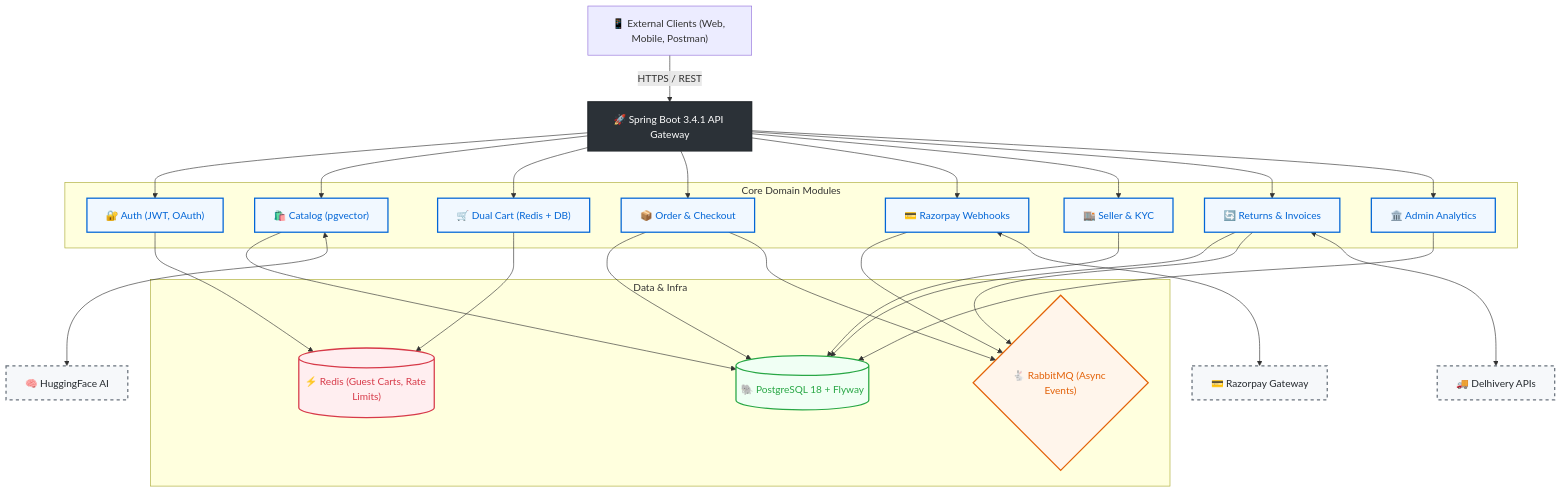
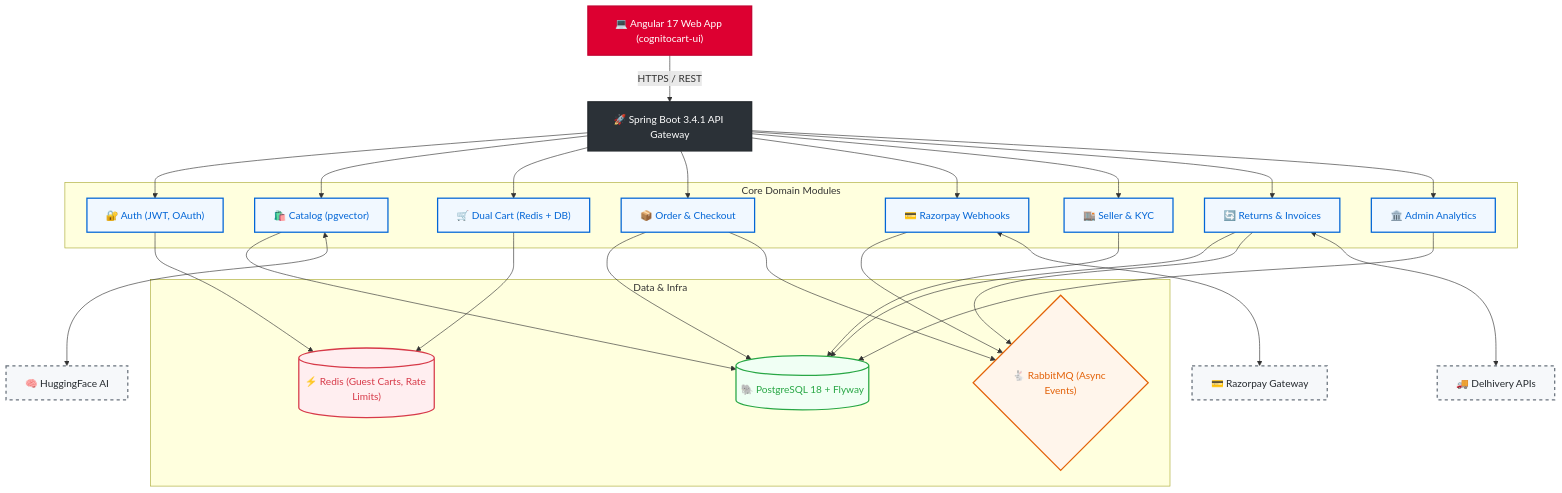
One commit to manish5200/CognitoCart changed the diagram in README.md. Above: the diagram before and after it, drawn with Mermaid. The commit also changed other lines of this file, not shown here.

Commit message:
docs: update README to reflect full-stack architecture with Angular 17+ and CI/CD integration

````diff
--- a/README.md
+++ b/README.md
@@ -39,69 +42,71 @@
 ```mermaid
 graph TD
     %% Styling
+    classDef frontend fill:#dd0031,stroke:#c3002f,stroke-width:2px,color:#fff;
     classDef gateway fill:#2b3137,stroke:#24292e,stroke-width:2px,color:#fff;
     classDef domain fill:#f1f8ff,stroke:#0366d6,stroke-width:2px,color:#0366d6;
     classDef db fill:#f0fff4,stroke:#28a745,stroke-width:2px,color:#28a745;
     classDef cache fill:#ffeef0,stroke:#d73a49,stroke-width:2px,color:#d73a49;
     classDef mq fill:#fff5eb,stroke:#e36209,stroke-width:2px,color:#e36209;
     classDef ext fill:#f6f8fa,stroke:#6a737d,stroke-width:2px,color:#24292e,stroke-dasharray: 5 5;
 
-    Clients["📱 External Clients (Web, Mobile, Postman)"] -->|HTTPS / REST| API["🚀 Spring Boot 3.4.1 API Gateway"]
+    Clients["💻 Angular 17 Web App (cognitocart-ui)"] -->|HTTPS / REST| API["🚀 Spring Boot 3.4.1 API Gateway"]
+    class Clients frontend
     class API gateway
     
     subgraph "Core Domain Modules"
         Auth["🔐 Auth (JWT, OAuth)"]
         Catalog["🛍️ Catalog (pgvector)"]
         Cart["🛒 Dual Cart (Redis + DB)"]
         Order["📦 Order & Checkout"]
         Payment["💳 Razorpay Webhooks"]
         Seller["🏬 Seller & KYC"]
         Returns["🔄 Returns & Invoices"]
         Admin["🏛️ Admin Analytics"]
     end
     
     API --> Auth
     API --> Catalog
     API --> Cart
     API --> Order
     API --> Payment
     API --> Seller
     API --> Returns
     API --> Admin
 
     class Auth,Catalog,Cart,Order,Payment,Seller,Returns,Admin domain
 
     subgraph "Data & Infra"
         DB[("🐘 PostgreSQL 18 + Flyway")]
         Redis[("⚡ Redis (Guest Carts, Rate Limits)")]
         RabbitMQ{"🐇 RabbitMQ (Async Events)"}
     end
 
     class DB db
     class Redis cache
     class RabbitMQ mq
 
     Catalog --> DB
     Order --> DB
     Admin --> DB
     Seller --> DB
     Returns --> DB
     
     Cart --> Redis
     Auth --> Redis
     
     Payment --> RabbitMQ
     Order --> RabbitMQ
     Returns --> RabbitMQ
 
     %% External
     Razorpay["💳 Razorpay Gateway"]
     Delhivery["🚚 Delhivery APIs"]
     HuggingFace["🧠 HuggingFace AI"]
 
     class Razorpay,Delhivery,HuggingFace ext
 
     Payment <--> Razorpay
     Returns <--> Delhivery
     Catalog <--> HuggingFace
 ```
````
